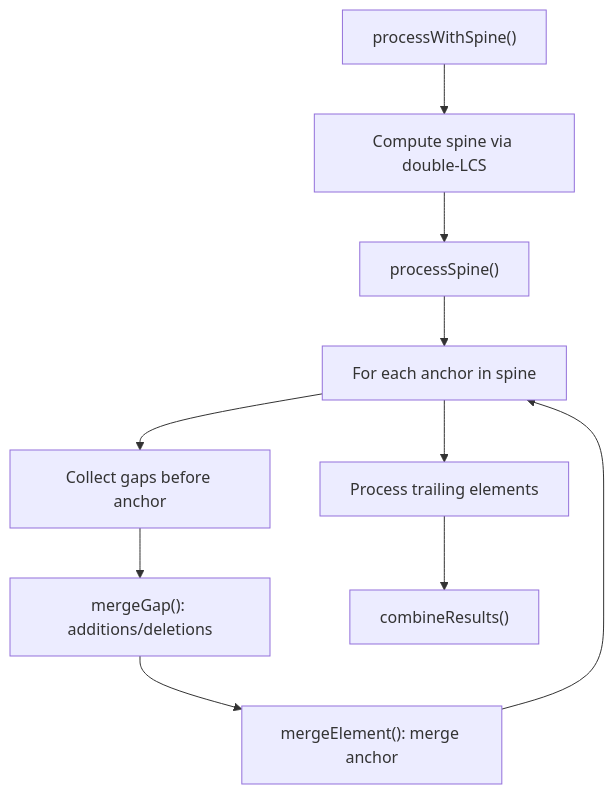
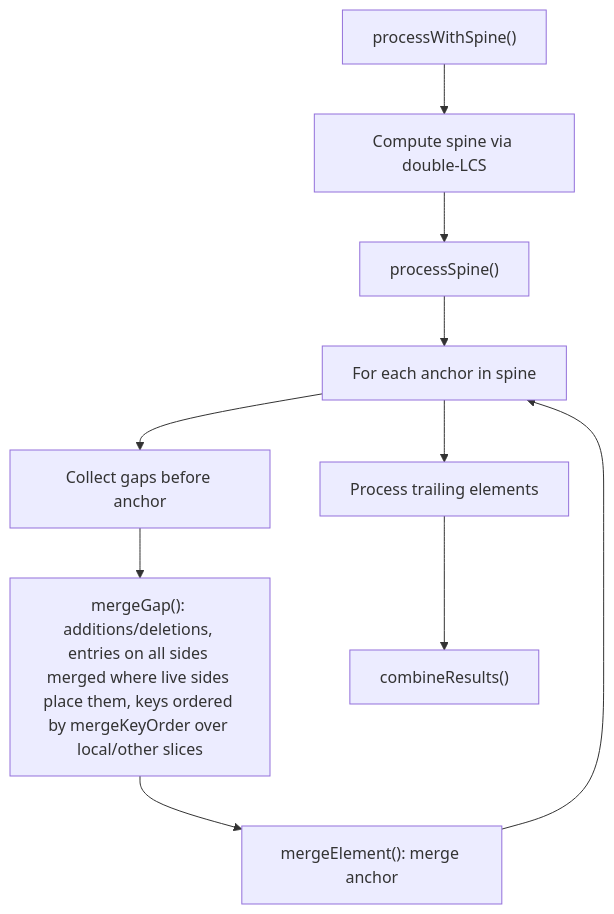
One commit to scolladon/sf-git-merge-driver changed the eighth of 8 diagrams in DESIGN.md. Above: the diagram before and after it, drawn with Mermaid. The commit also changed other lines of this file, not shown here.

Commit message:
docs(design): state the ordered-array merge rules and their role symmetry

````diff
--- a/DESIGN.md
+++ b/DESIGN.md
@@ -582,14 +602,14 @@
 ```mermaid
 flowchart TD
     Start["processWithSpine()"] --> Compute["Compute spine via double-LCS"]
     Compute --> Process["processSpine()"]
 
     Process --> ForEach["For each anchor in spine"]
     ForEach --> CollectGaps["Collect gaps before anchor"]
-    CollectGaps --> MergeGap["mergeGap(): additions/deletions"]
+    CollectGaps --> MergeGap["mergeGap(): additions/deletions, entries on all sides merged where live sides place them, keys ordered by mergeKeyOrder over local/other slices"]
     MergeGap --> MergeAnchor["mergeElement(): merge anchor"]
     MergeAnchor --> ForEach
 
     ForEach --> Trailing["Process trailing elements"]
     Trailing --> Combine["combineResults()"]
 ```
````
